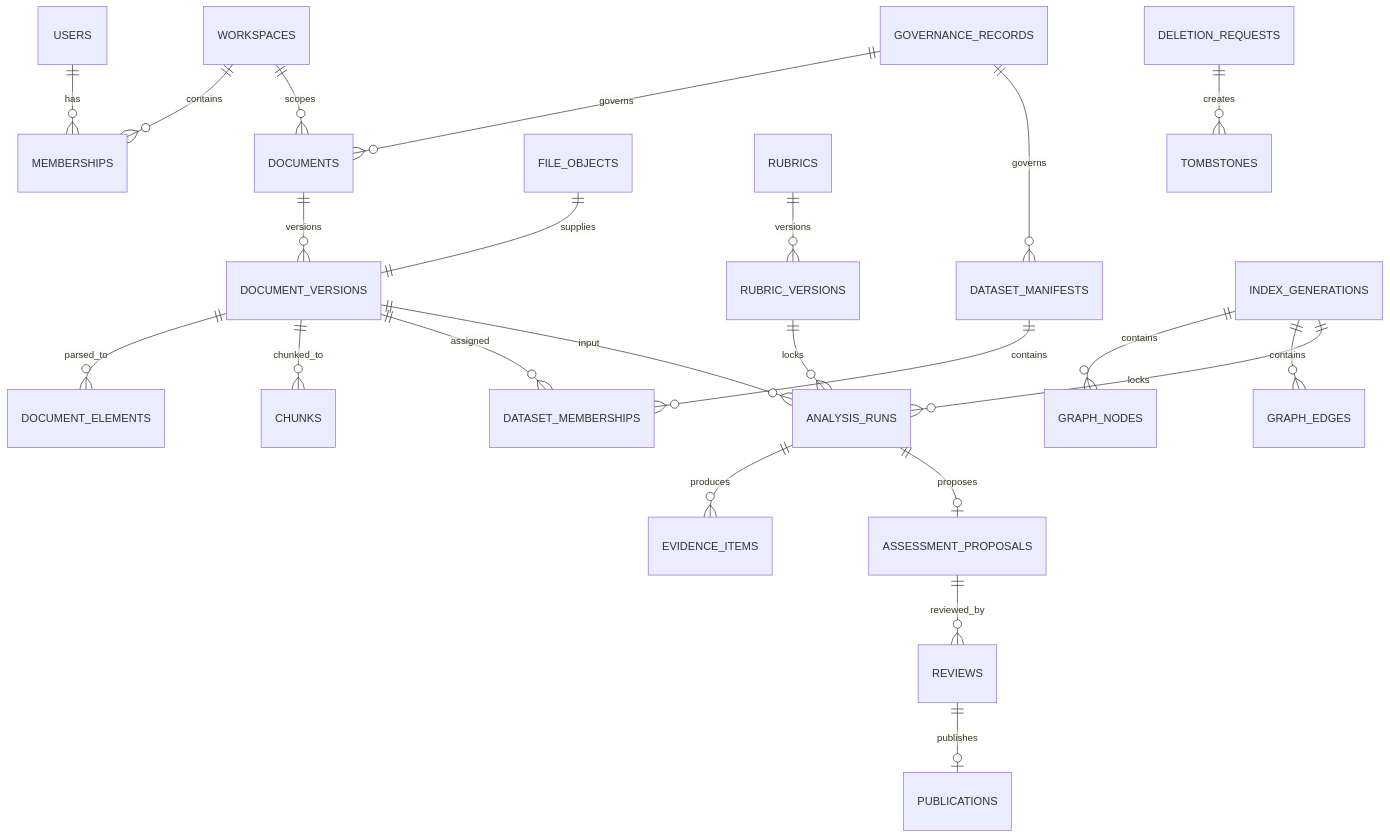
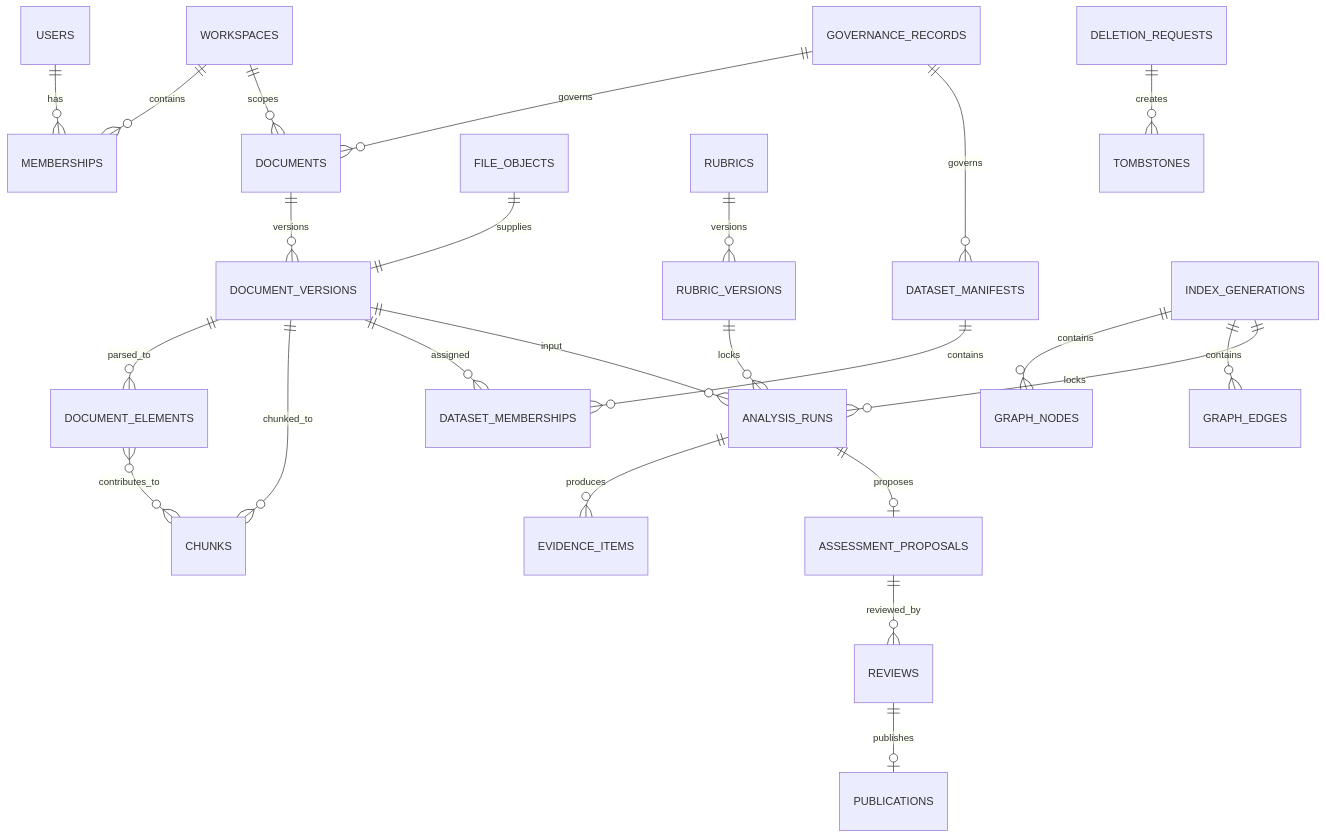
Before and after one commit to ngwine/evidence-grounded-report-assessment: the diagram in docs/architecture/data-dictionary.md, drawn with Mermaid. The commit also changed other lines of this file and 2 other files, not shown here.

Commit message:
docs(architecture): resolve element chunk review [W2.2]

````diff
--- a/docs/architecture/data-dictionary.md
+++ b/docs/architecture/data-dictionary.md
@@ -82,25 +82,26 @@
 ```mermaid
 erDiagram
     USERS ||--o{ MEMBERSHIPS : has
     WORKSPACES ||--o{ MEMBERSHIPS : contains
     WORKSPACES ||--o{ DOCUMENTS : scopes
     DOCUMENTS ||--o{ DOCUMENT_VERSIONS : versions
     FILE_OBJECTS ||--|| DOCUMENT_VERSIONS : supplies
     DOCUMENT_VERSIONS ||--o{ DOCUMENT_ELEMENTS : parsed_to
     DOCUMENT_VERSIONS ||--o{ CHUNKS : chunked_to
+    DOCUMENT_ELEMENTS }o--o{ CHUNKS : contributes_to
     GOVERNANCE_RECORDS ||--o{ DOCUMENTS : governs
     GOVERNANCE_RECORDS ||--o{ DATASET_MANIFESTS : governs
     DATASET_MANIFESTS ||--o{ DATASET_MEMBERSHIPS : contains
     DOCUMENT_VERSIONS ||--o{ DATASET_MEMBERSHIPS : assigned
     RUBRICS ||--o{ RUBRIC_VERSIONS : versions
     INDEX_GENERATIONS ||--o{ GRAPH_NODES : contains
     INDEX_GENERATIONS ||--o{ GRAPH_EDGES : contains
     DOCUMENT_VERSIONS ||--o{ ANALYSIS_RUNS : input
     INDEX_GENERATIONS ||--o{ ANALYSIS_RUNS : locks
     RUBRIC_VERSIONS ||--o{ ANALYSIS_RUNS : locks
     ANALYSIS_RUNS ||--o{ EVIDENCE_ITEMS : produces
     ANALYSIS_RUNS ||--o| ASSESSMENT_PROPOSALS : proposes
     ASSESSMENT_PROPOSALS ||--o{ REVIEWS : reviewed_by
     REVIEWS ||--o| PUBLICATIONS : publishes
     DELETION_REQUESTS ||--o{ TOMBSTONES : creates
 ```
````
